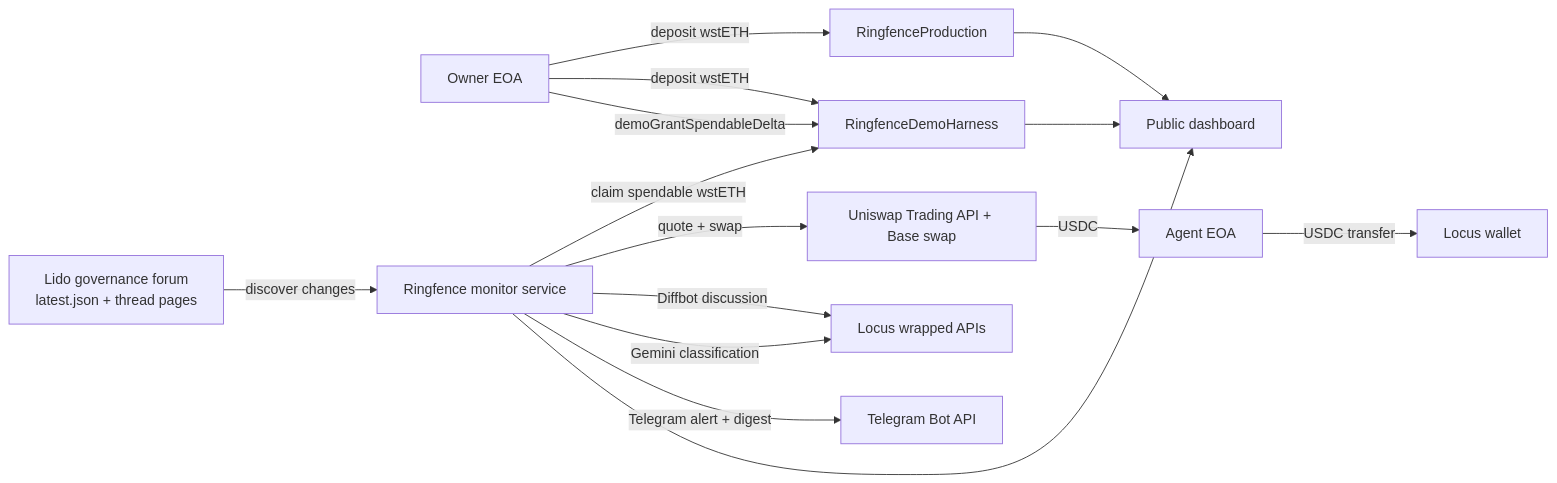
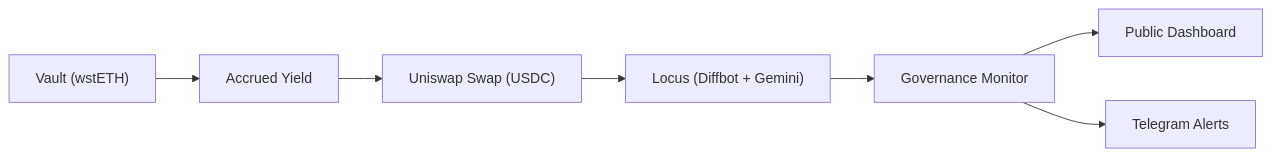
One commit to JZito/ringfence changed the diagram in README.md. Above: the diagram before and after it, drawn with Mermaid. The commit also changed other lines of this file and 14 other files, not shown here.

````diff
--- a/README.md
+++ b/README.md
@@ -23,17 +92,13 @@
 ```mermaid
 flowchart LR
-  owner["Owner EOA"] -->|deposit wstETH| prod["RingfenceProduction"]
-  owner -->|deposit wstETH| demo["RingfenceDemoHarness"]
-  owner -->|demoGrantSpendableDelta| demo
-  forum["Lido governance forum\nlatest.json + thread pages"] -->|discover changes| monitor["Ringfence monitor service"]
-  monitor -->|claim spendable wstETH| demo
-  monitor -->|quote + swap| uniswap["Uniswap Trading API + Base swap"]
-  uniswap -->|USDC| agent["Agent EOA"]
-  agent -->|USDC transfer| locusWallet["Locus wallet"]
-  monitor -->|Diffbot discussion| locus["Locus wrapped APIs"]
-  monitor -->|Gemini classification| locus
-  monitor -->|Telegram alert + digest| telegram["Telegram Bot API"]
-  monitor --> dashboard["Public dashboard"]
-  prod --> dashboard
-  demo --> dashboard
+  vault["Vault (wstETH)"]
+  yield["Accrued Yield"]
+  swap["Uniswap Swap (USDC)"]
+  locus["Locus (Diffbot + Gemini)"]
+  monitor["Governance Monitor"]
+  dashboard["Public Dashboard"]
+  telegram["Telegram Alerts"]
+
+  vault --> yield --> swap --> locus --> monitor --> dashboard
+  monitor --> telegram
 ```
````
